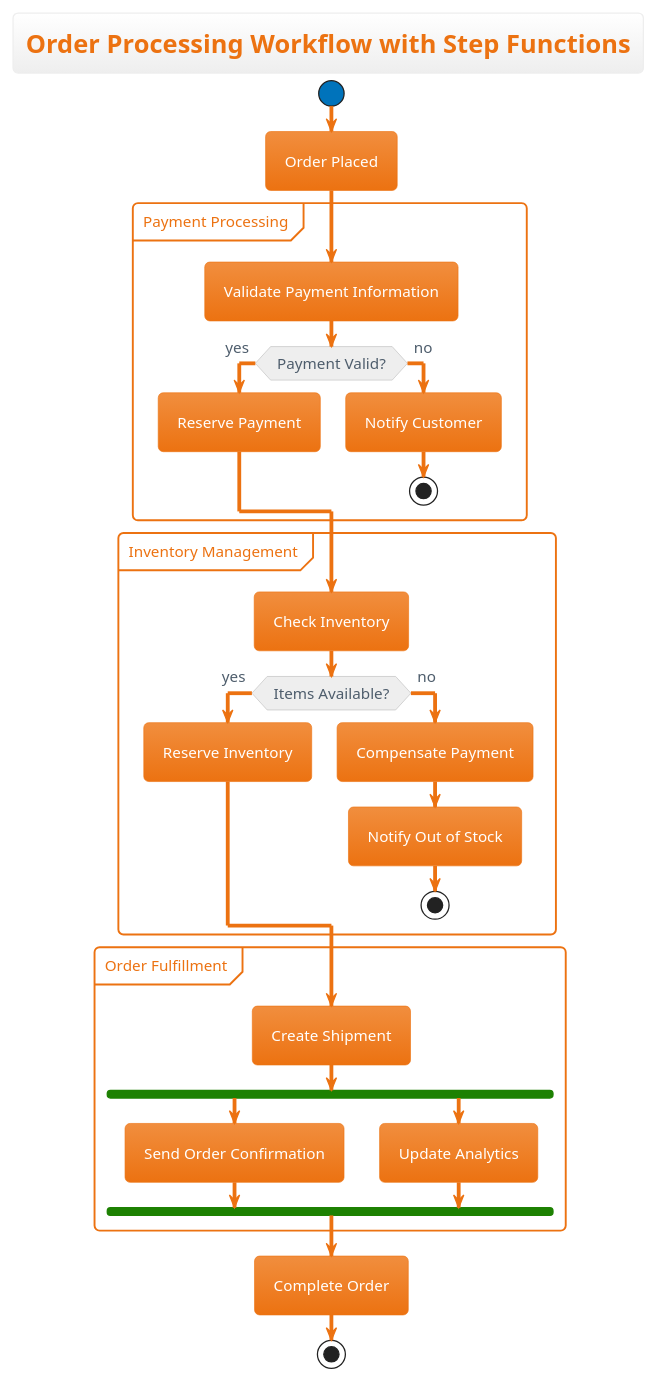
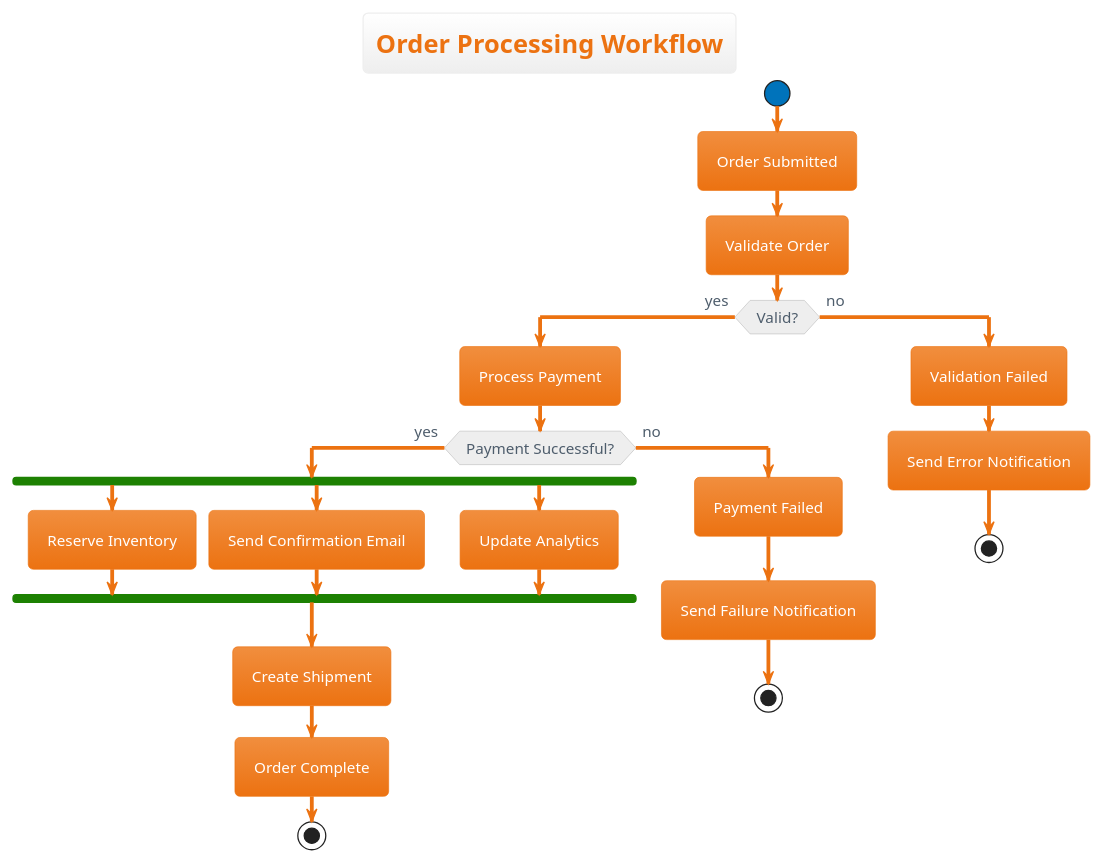
One commit to scottobert/scottobert.github.io changed the second of 2 diagrams in content/posts/aws-step-functions-typescript.md. Above: the diagram before and after it, drawn with PlantUML. The commit also changed other lines of this file and 6 other files, not shown here.

```diff
--- a/content/posts/aws-step-functions-typescript.md
+++ b/content/posts/aws-step-functions-typescript.md
@@ -29,43 +76,40 @@
-{{< plantuml id="step-functions-workflow" >}}
+{{< plantuml id="order-workflow" >}}
 @startuml
 !theme aws-orange
-title Order Processing Workflow with Step Functions
+title Order Processing Workflow
 
 start
-:Order Placed;
+:Order Submitted;
 
-partition "Payment Processing" {
-  :Validate Payment Information;
-  if (Payment Valid?) then (yes)
-    :Reserve Payment;
+:Validate Order;
+if (Valid?) then (yes)
+  :Process Payment;
+  
+  if (Payment Successful?) then (yes)
+    
+    fork
+      :Reserve Inventory;
+    fork again
+      :Send Confirmation Email;
+    fork again
+      :Update Analytics;
+    end fork
+    
+    :Create Shipment;
+    :Order Complete;
+    stop
+    
   else (no)
-    :Notify Customer;
+    :Payment Failed;
+    :Send Failure Notification;
     stop
   endif
-}
+  
+else (no)
+  :Validation Failed;
+  :Send Error Notification;
+  stop
+endif
 
-partition "Inventory Management" {
-  :Check Inventory;
-  if (Items Available?) then (yes)
-    :Reserve Inventory;
-  else (no)
-    :Compensate Payment;
-    :Notify Out of Stock;
-    stop
-  endif
-}
-
-partition "Order Fulfillment" {
-  :Create Shipment;
-  
-  fork
-    :Send Order Confirmation;
-  fork again
-    :Update Analytics;
-  end fork
-}
-
-:Complete Order;
-stop
 @enduml
 {{< /plantuml >}}
```
